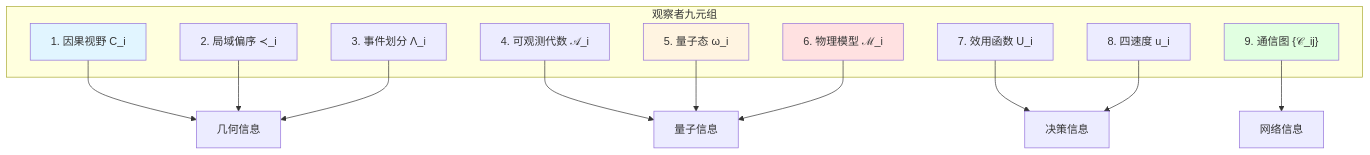
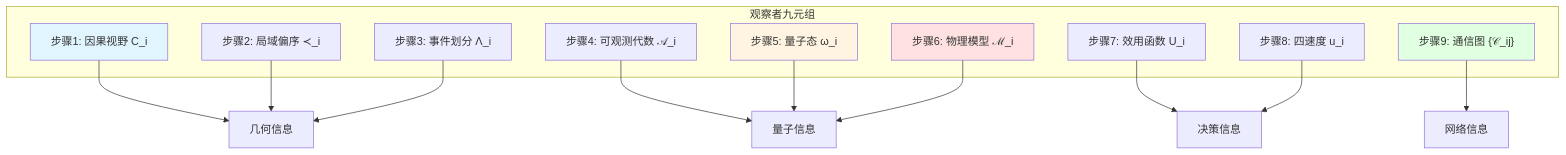
The second of 8 diagrams in docs/euler-article/gls-union/07-causal-structure/06-observer-consensus.md (loning/zeckendorf-hilbert), drawn with Mermaid before and after one commit. The commit also changed 26 other files, not shown here.

````diff
--- a/docs/euler-article/gls-union/07-causal-structure/06-observer-consensus.md
+++ b/docs/euler-article/gls-union/07-causal-structure/06-observer-consensus.md
@@ -178,32 +178,32 @@
 ```mermaid
 graph TB
     subgraph "观察者九元组"
-        CI["1. 因果视野 C_i"]
-        PREC["2. 局域偏序 ≺_i"]
-        LAMBDA["3. 事件划分 Λ_i"]
-        ALG["4. 可观测代数 𝒜_i"]
-        STATE["5. 量子态 ω_i"]
-        MODEL["6. 物理模型 ℳ_i"]
-        UTIL["7. 效用函数 U_i"]
-        VEL["8. 四速度 u_i"]
-        COM["9. 通信图 {𝒞_ij}"]
+        CI["步骤1: 因果视野 C_i"]
+        PREC["步骤2: 局域偏序 ≺_i"]
+        LAMBDA["步骤3: 事件划分 Λ_i"]
+        ALG["步骤4: 可观测代数 𝒜_i"]
+        STATE["步骤5: 量子态 ω_i"]
+        MODEL["步骤6: 物理模型 ℳ_i"]
+        UTIL["步骤7: 效用函数 U_i"]
+        VEL["步骤8: 四速度 u_i"]
+        COM["步骤9: 通信图 {𝒞_ij}"]
     end
 
     CI --> GEO["几何信息"]
     PREC --> GEO
     LAMBDA --> GEO
 
     ALG --> QM["量子信息"]
     STATE --> QM
     MODEL --> QM
 
     UTIL --> DEC["决策信息"]
     VEL --> DEC
 
     COM --> NET["网络信息"]
 
     style CI fill:#e1f5ff
     style STATE fill:#fff4e1
     style MODEL fill:#ffe1e1
     style COM fill:#e1ffe1
 ```
````
